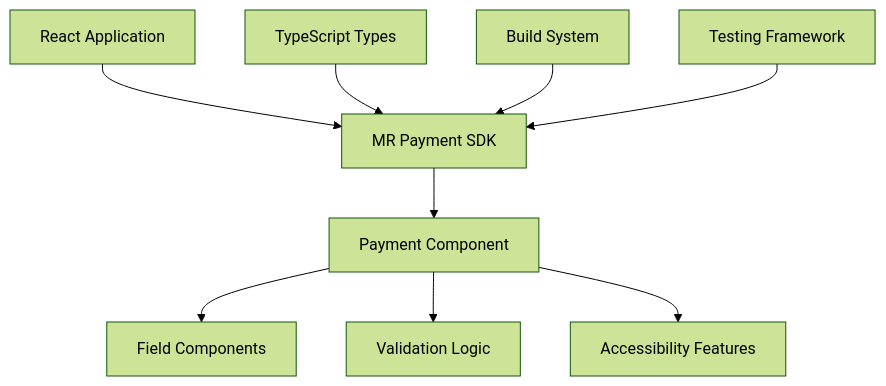
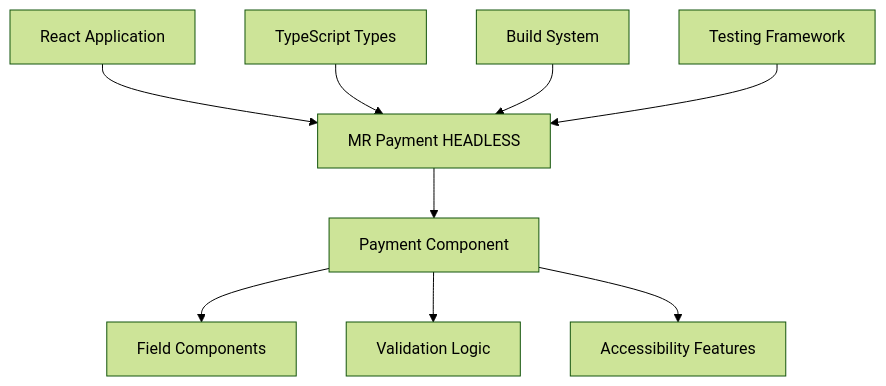
One commit to Adrydevmateo/mr-payment-sdk changed the first of 4 diagrams in prd/technical-prd.md. Above: the diagram before and after it, drawn with Mermaid (forest theme). The commit also changed other lines of this file and 22 other files, not shown here.

````diff
--- a/prd/technical-prd.md
+++ b/prd/technical-prd.md
@@ -24,12 +24,12 @@
 ```mermaid
 graph TB
-    A[React Application] --> B[MR Payment SDK]
+    A[React Application] --> B[MR Payment HEADLESS]
     B --> C[Payment Component]
     C --> D[Field Components]
     C --> E[Validation Logic]
     C --> F[Accessibility Features]
     
     G[TypeScript Types] --> B
     H[Build System] --> B
     I[Testing Framework] --> B
 ```
````
